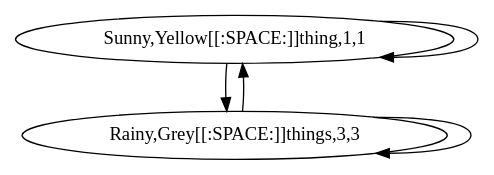
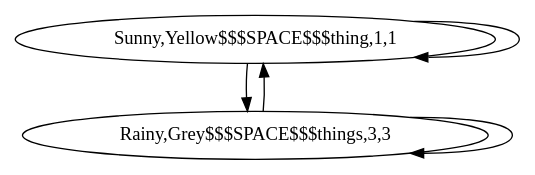
One commit to richelbilderbeek/boost_graph_cookbook_1 changed the diagram in BoostGraphTutorial/create_custom_vertices_markov_chain.dot. Above: the diagram before and after it, drawn with Graphviz. The commit also changed 36 other files, not shown here.

Commit message:
Can save/load nasty graphs with bundled vertices

```diff
--- a/BoostGraphTutorial/create_custom_vertices_markov_chain.dot
+++ b/BoostGraphTutorial/create_custom_vertices_markov_chain.dot
@@ -1,8 +1,8 @@
 digraph G {
-0[label="Sunny,Yellow[[:SPACE:]]thing,1,1"];
-1[label="Rainy,Grey[[:SPACE:]]things,3,3"];
+0[label="Sunny,Yellow$$$SPACE$$$thing,1,1"];
+1[label="Rainy,Grey$$$SPACE$$$things,3,3"];
 0->0 ;
 0->1 ;
 1->0 ;
 1->1 ;
 }
```
